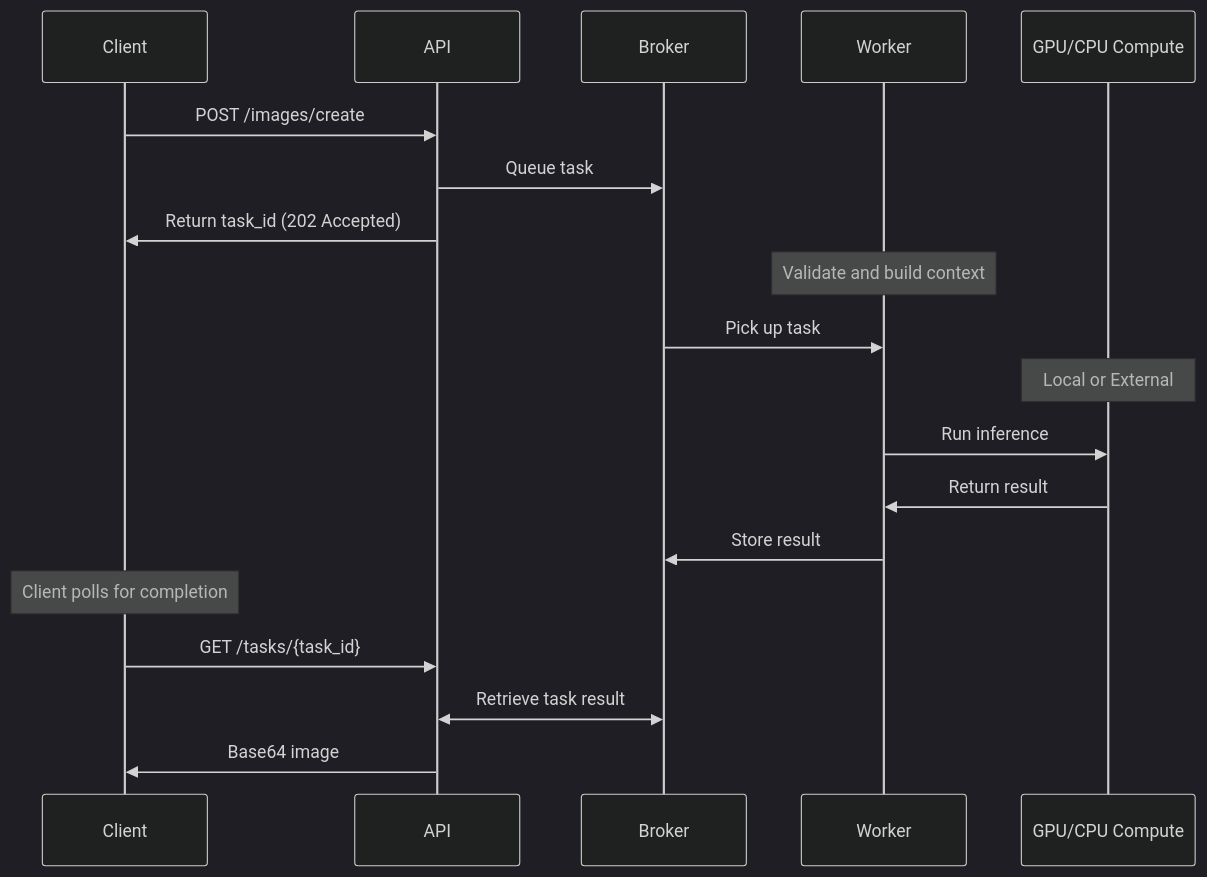
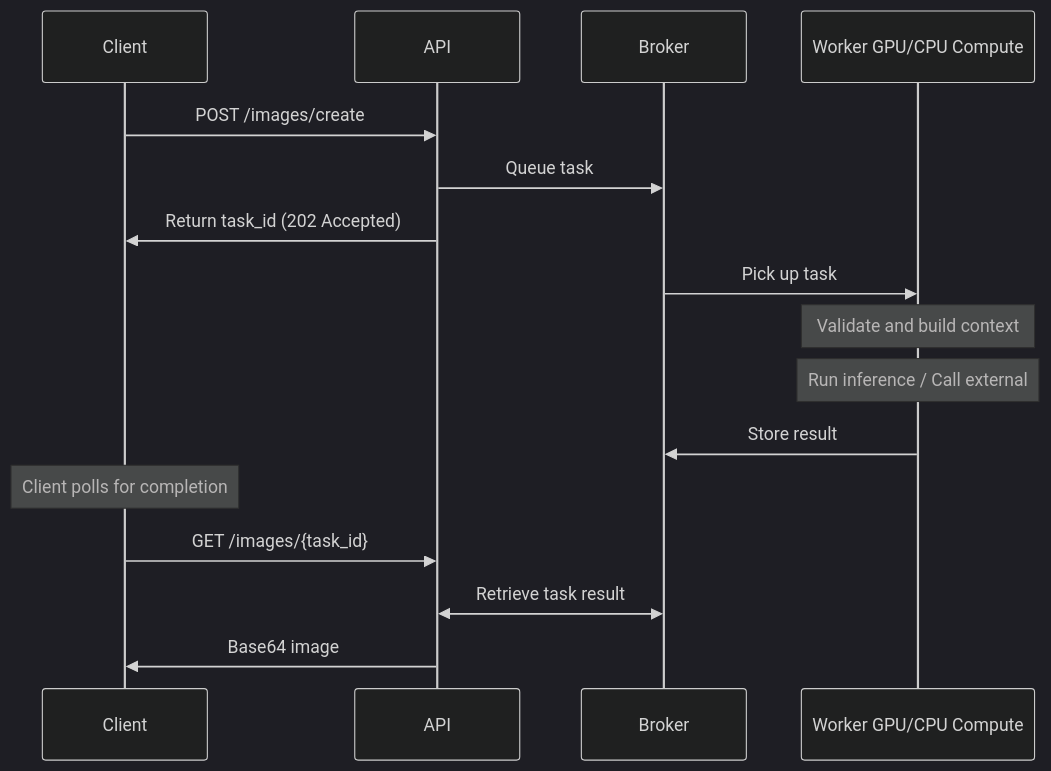
The first of 2 diagrams in README.md (JoeGaffney/deferred-diffusion), drawn with Mermaid (dark theme) before and after one commit. The commit also changed other lines of this file and 19 other files, not shown here.

````diff
--- a/README.md
+++ b/README.md
@@ -29,23 +32,20 @@
 ```mermaid
 sequenceDiagram
     participant Client
     participant API
     participant Broker
-    participant Worker
-    participant Compute as GPU/CPU Compute
+    participant Worker as Worker GPU/CPU Compute
 
     Client->>API: POST /images/create
     API->>Broker: Queue task
     API->>Client: Return task_id (202 Accepted)
+    Broker->>Worker: Pick up task
     Note over Worker: Validate and build context
-    Broker->>Worker: Pick up task
-    Note over Compute: Local or External
-    Worker->>Compute: Run inference
-    Compute->>Worker: Return result
+    Note over Worker: Run inference / Call external
     Worker->>Broker: Store result
 
     Note over Client: Client polls for completion
-    Client->>API: GET /tasks/{task_id}
+    Client->>API: GET /images/{task_id}
     API<<->>Broker: Retrieve task result
     API->>Client: Base64 image
 ```
````
